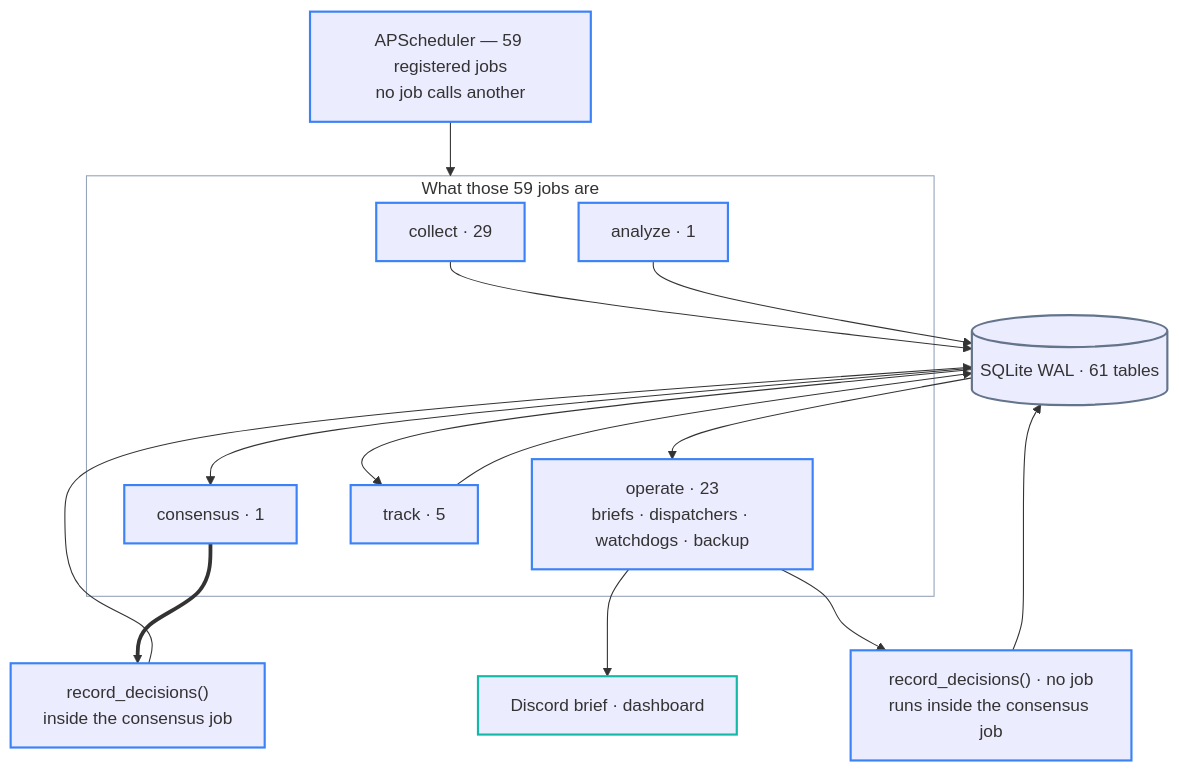
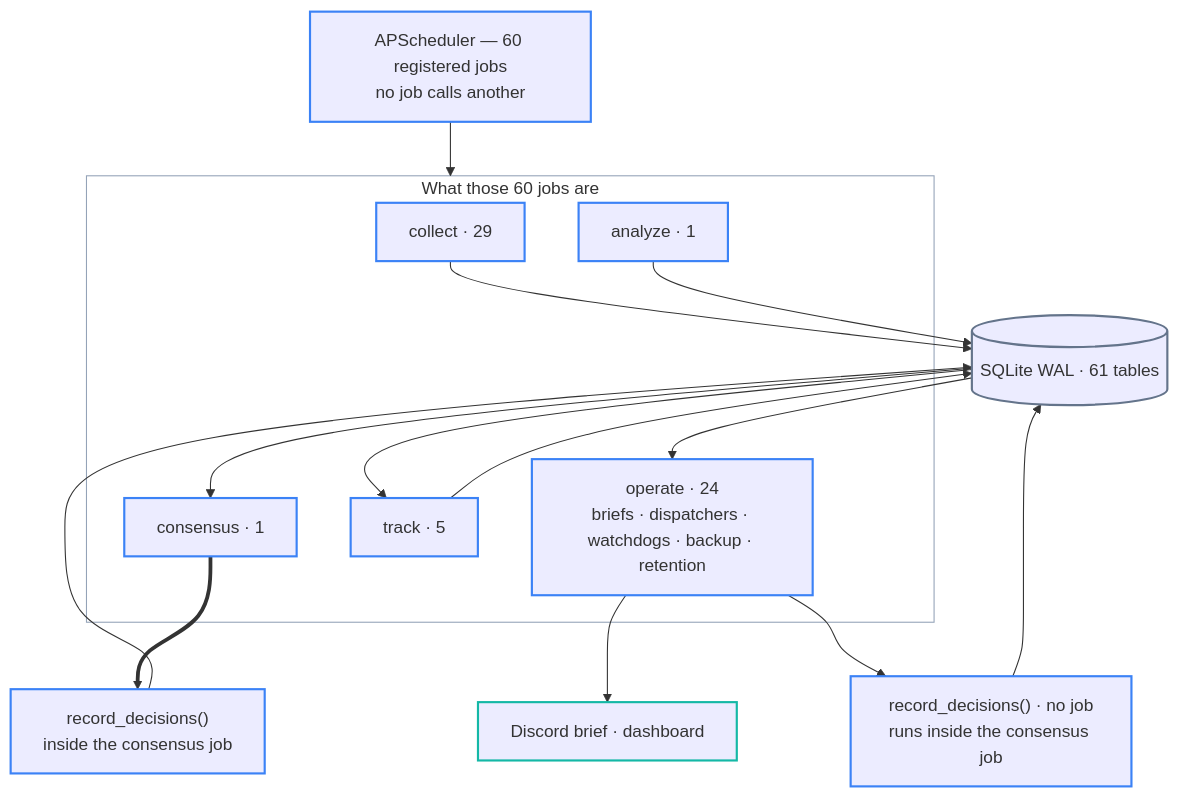
Before and after one commit to researcherhojin/nuri-quant: the first of 3 diagrams in docs/ARCHITECTURE.md, drawn with Mermaid. The commit also changed other lines of this file and 6 other files, not shown here.

````diff
--- a/docs/ARCHITECTURE.md
+++ b/docs/ARCHITECTURE.md
@@ -23,38 +23,38 @@
 ```mermaid
 flowchart TB
-    CLOCK["APScheduler — 59 registered jobs<br/>no job calls another"]
+    CLOCK["APScheduler — 60 registered jobs<br/>no job calls another"]
 
-    subgraph JOBS["What those 59 jobs are"]
+    subgraph JOBS["What those 60 jobs are"]
         JC["collect · 29"]
         JA["analyze · 1"]
         JD["consensus · 1"]
         JT["track · 5"]
-        JO["operate · 23<br/>briefs · dispatchers · watchdogs · backup"]
+        JO["operate · 24<br/>briefs · dispatchers · watchdogs · backup · retention"]
     end
 
     DB[("SQLite WAL · 61 tables")]
     RD["record_decisions()<br/>inside the consensus job"]
     CERT["record_decisions() · no job<br/>runs inside the consensus job"]
     OUT["Discord brief · dashboard"]
 
     CLOCK --> JOBS
     JC --> DB
     JA --> DB
     DB --> JD
     JD ==> RD
     RD --> DB
     DB --> JT
     JT --> DB
     DB --> JO --> OUT
     JO --> CERT
     CERT --> DB
 
     classDef step  stroke:#3b82f6,stroke-width:2px
     classDef store stroke:#64748b,stroke-width:2px
     classDef out   stroke:#14b8a6,stroke-width:2px
     classDef zone  fill:none,stroke:#94a3b8,stroke-width:1px
     class CLOCK,JC,JA,JD,JT,JO,RD,CERT step
     class DB store
     class OUT out
     class JOBS zone
 ```
````
